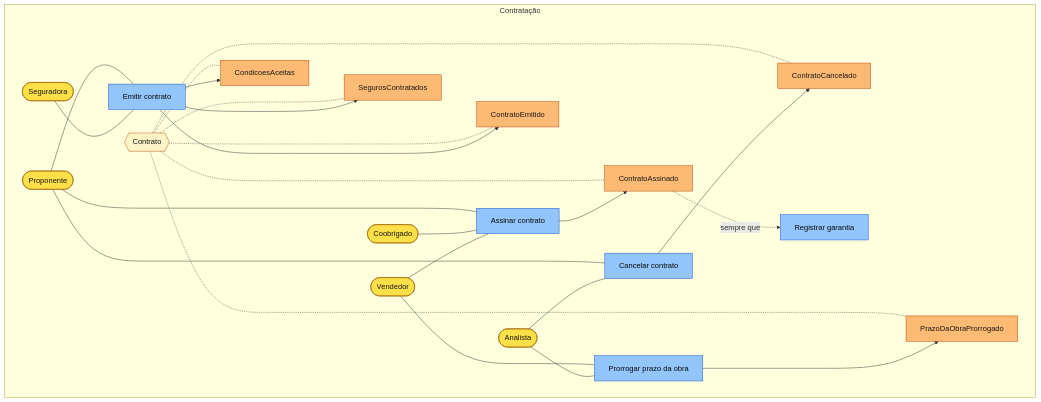
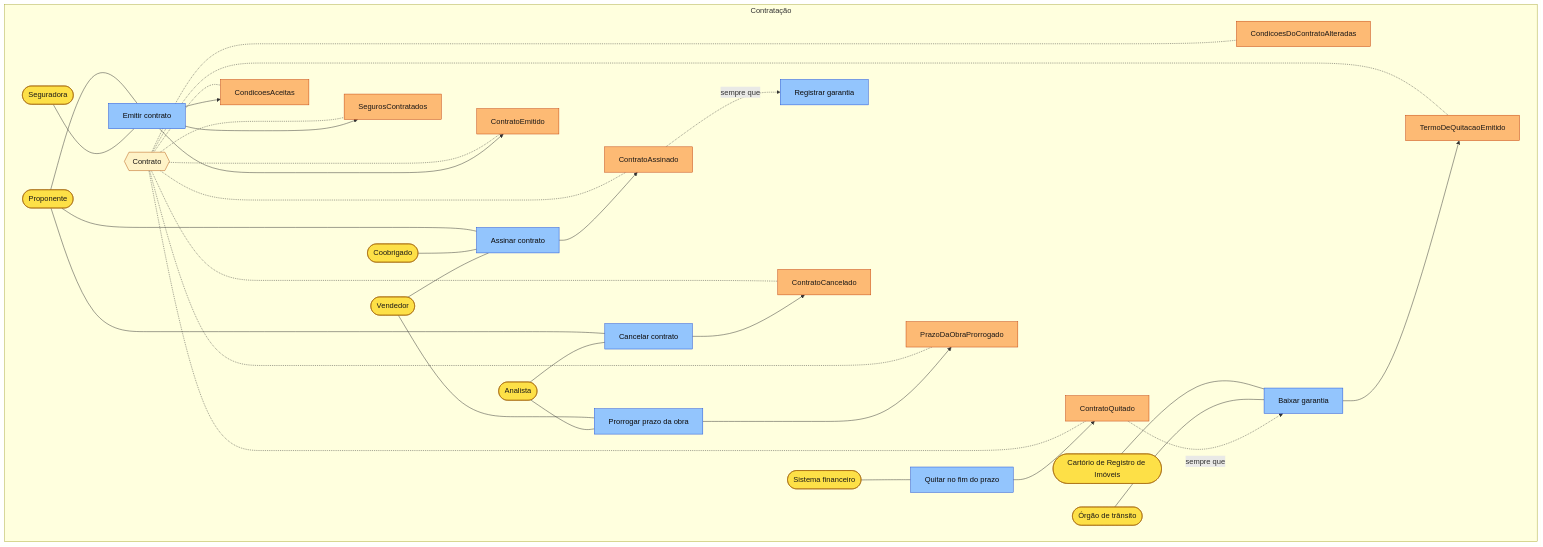
Before and after one commit to lucasqss/sistema-financiamento: the eighth of 15 diagrams in docs/dominio/especificacao.md, drawn with Mermaid. The commit also changed other lines of this file and 16 other files, not shown here.

````diff
--- a/docs/dominio/especificacao.md
+++ b/docs/dominio/especificacao.md
@@ -1582,55 +1809,75 @@
 ```mermaid
 flowchart LR
     subgraph DOM_0004_es["Contratação"]
         direction LR
         EVT_0021["CondicoesAceitas"]:::evento
         AGR_0002{{"Contrato"}}:::agregado
         UC_0014["Emitir contrato"]:::comando
         ATR_0001(["Proponente"]):::ator
         ATR_0011(["Seguradora"]):::ator
         EVT_0022["SegurosContratados"]:::evento
         EVT_0023["ContratoEmitido"]:::evento
         EVT_0024["ContratoAssinado"]:::evento
         UC_0015["Assinar contrato"]:::comando
         ATR_0002(["Coobrigado"]):::ator
         ATR_0003(["Vendedor"]):::ator
         UC_0018["Registrar garantia"]:::comando
         EVT_0025["ContratoCancelado"]:::evento
         UC_0016["Cancelar contrato"]:::comando
         ATR_0005(["Analista"]):::ator
         EVT_0026["PrazoDaObraProrrogado"]:::evento
         UC_0017["Prorrogar prazo da obra"]:::comando
+        EVT_0056["ContratoQuitado"]:::evento
+        UC_0027["Quitar no fim do prazo"]:::comando
+        ATR_0013(["Sistema financeiro"]):::ator
+        UC_0031["Baixar garantia"]:::comando
+        EVT_0057["CondicoesDoContratoAlteradas"]:::evento
+        EVT_0058["TermoDeQuitacaoEmitido"]:::evento
+        ATR_0009(["Cartório de Registro de Imóveis"]):::ator
+        ATR_0010(["Órgão de trânsito"]):::ator
     end
     AGR_0002 -.- EVT_0021
     UC_0014 --> EVT_0021
     ATR_0001 --- UC_0014
     ATR_0011 --- UC_0014
     EVT_0021 ~~~ EVT_0022
     AGR_0002 -.- EVT_0022
     UC_0014 --> EVT_0022
     EVT_0022 ~~~ EVT_0023
     AGR_0002 -.- EVT_0023
     UC_0014 --> EVT_0023
     EVT_0023 ~~~ EVT_0024
     AGR_0002 -.- EVT_0024
     UC_0015 --> EVT_0024
     ATR_0001 --- UC_0015
     ATR_0002 --- UC_0015
     ATR_0003 --- UC_0015
     EVT_0024 ~~~ EVT_0025
     AGR_0002 -.- EVT_0025
     UC_0016 --> EVT_0025
     ATR_0001 --- UC_0016
     ATR_0005 --- UC_0016
     EVT_0025 ~~~ EVT_0026
     AGR_0002 -.- EVT_0026
     UC_0017 --> EVT_0026
     ATR_0003 --- UC_0017
     ATR_0005 --- UC_0017
+    EVT_0026 ~~~ EVT_0056
+    AGR_0002 -.- EVT_0056
+    UC_0027 --> EVT_0056
+    ATR_0013 --- UC_0027
+    EVT_0056 ~~~ EVT_0057
+    AGR_0002 -.- EVT_0057
+    EVT_0057 ~~~ EVT_0058
+    AGR_0002 -.- EVT_0058
+    UC_0031 --> EVT_0058
+    ATR_0009 --- UC_0031
+    ATR_0010 --- UC_0031
     EVT_0024 -.->|sempre que| UC_0018
+    EVT_0056 -.->|sempre que| UC_0031
     classDef evento fill:#fdba74,stroke:#c2410c,color:#1c1917
     classDef comando fill:#93c5fd,stroke:#1d4ed8,color:#0c0a09
     classDef ator fill:#fde047,stroke:#a16207,color:#1c1917
     classDef agregado fill:#fef3c7,stroke:#b45309,color:#1c1917
     classDef semOrigem stroke-dasharray:5 4,stroke-width:2px
 ```
````
